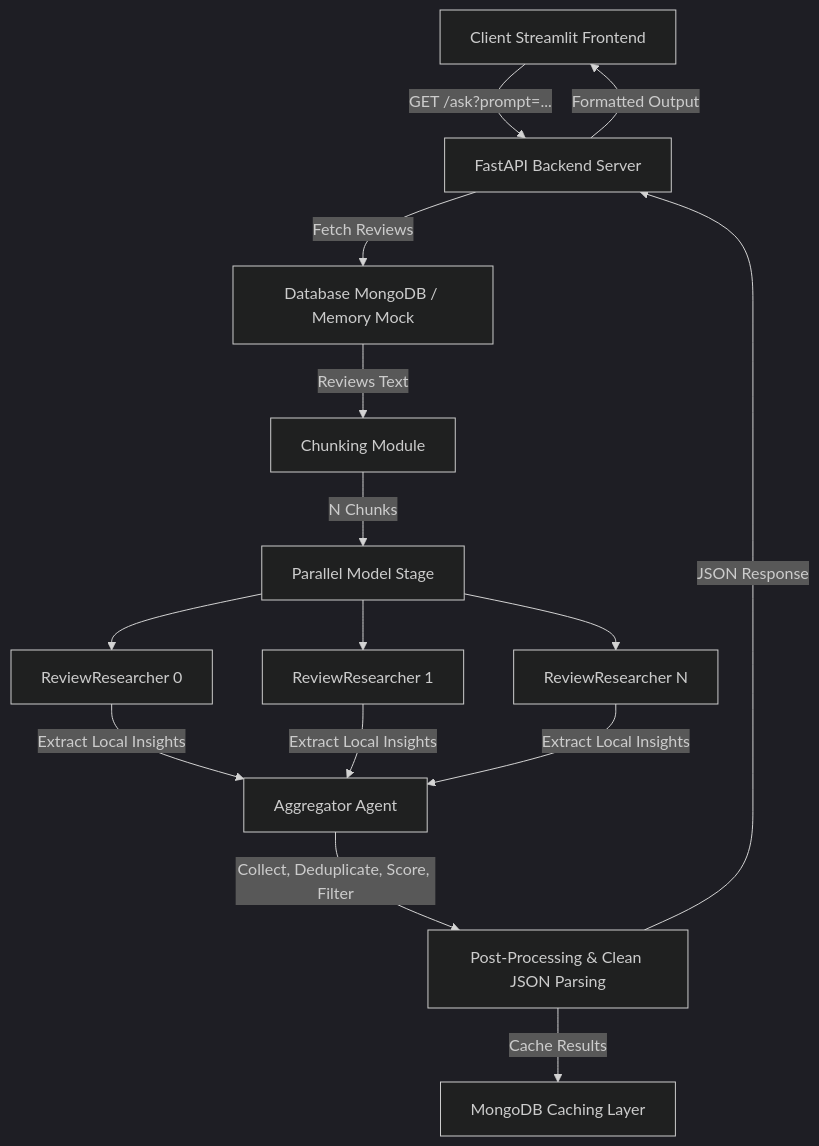
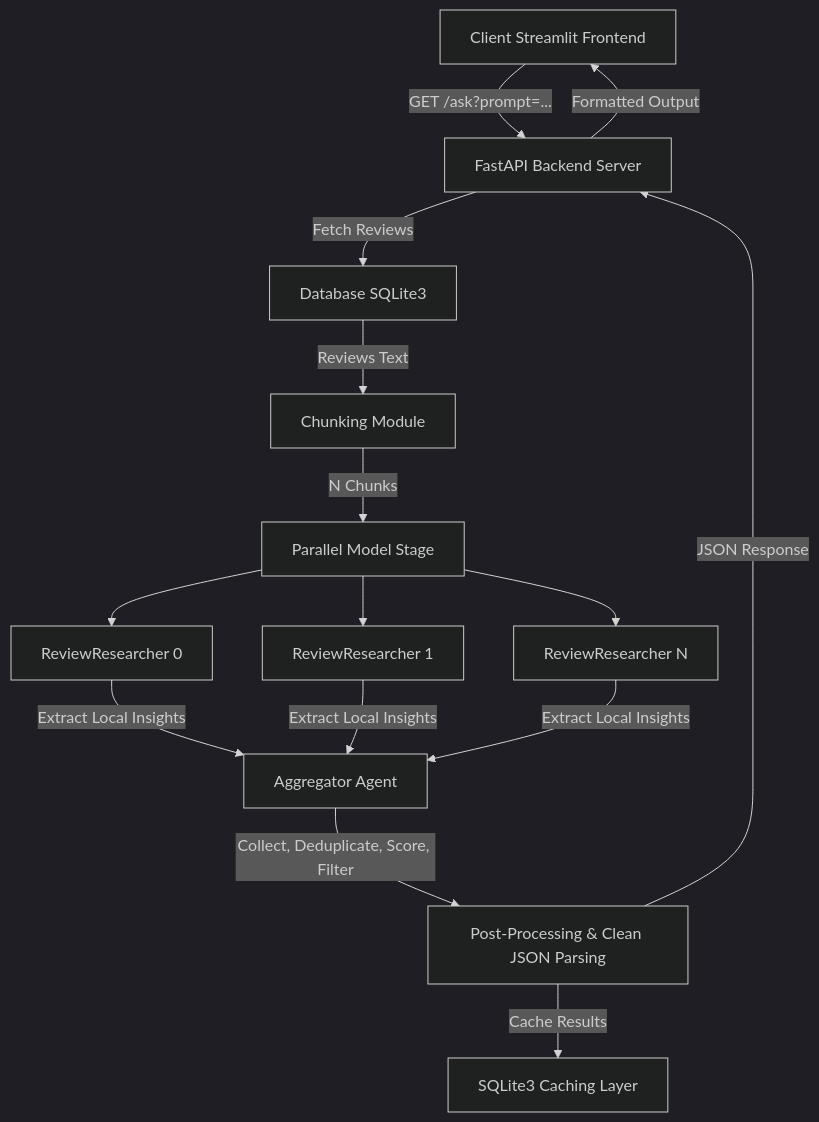
The diagram in PROJECT_DOCUMENTATION.md (mhlohh/litmus7_project), drawn with Mermaid (dark theme) before and after one commit. The commit also changed other lines of this file and 8 other files, not shown here.

````diff
--- a/PROJECT_DOCUMENTATION.md
+++ b/PROJECT_DOCUMENTATION.md
@@ -21,20 +21,20 @@
 ```mermaid
 graph TD
     A[Client Streamlit Frontend] -->|GET /ask?prompt=...| B[FastAPI Backend Server]
-    B -->|Fetch Reviews| C[Database MongoDB / Memory Mock]
+    B -->|Fetch Reviews| C[Database SQLite3]
     C -->|Reviews Text| D[Chunking Module]
     D -->|N Chunks| E[Parallel Model Stage]
     sub_agent_0[ReviewResearcher 0]
     sub_agent_1[ReviewResearcher 1]
     sub_agent_n[ReviewResearcher N]
     E --> sub_agent_0
     E --> sub_agent_1
     E --> sub_agent_n
     sub_agent_0 -->|Extract Local Insights| F[Aggregator Agent]
     sub_agent_1 -->|Extract Local Insights| F
     sub_agent_n -->|Extract Local Insights| F
     F -->|Collect, Deduplicate, Score, Filter| G[Post-Processing & Clean JSON Parsing]
-    G -->|Cache Results| H[MongoDB Caching Layer]
+    G -->|Cache Results| H[SQLite3 Caching Layer]
     G -->|JSON Response| B
     B -->|Formatted Output| A
 ```
````
